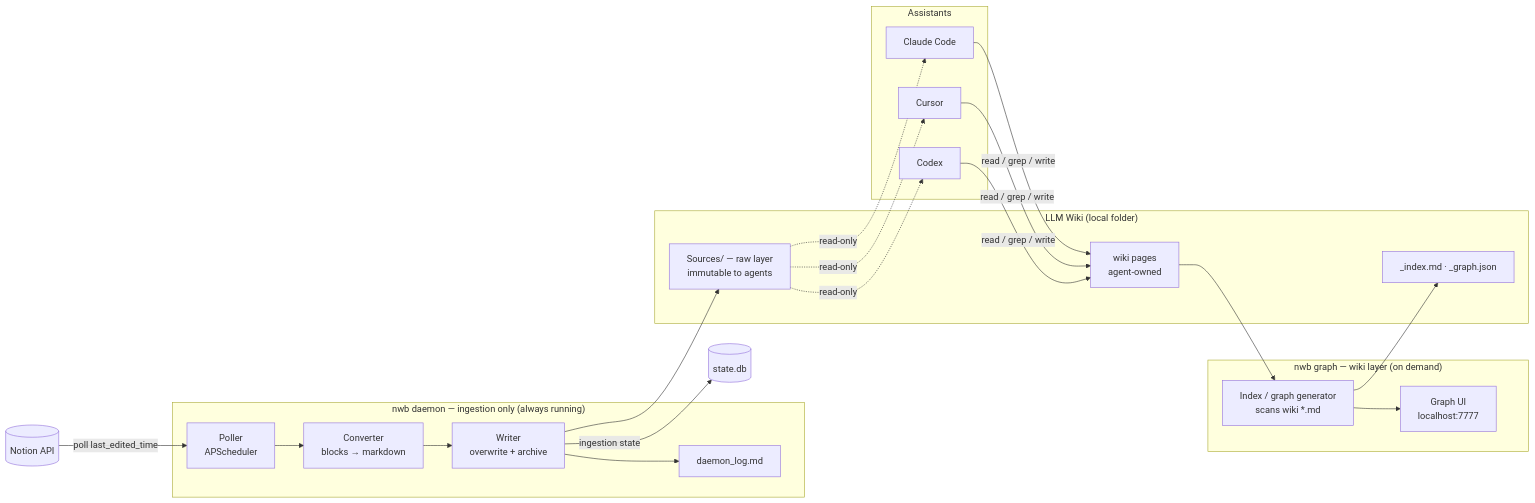
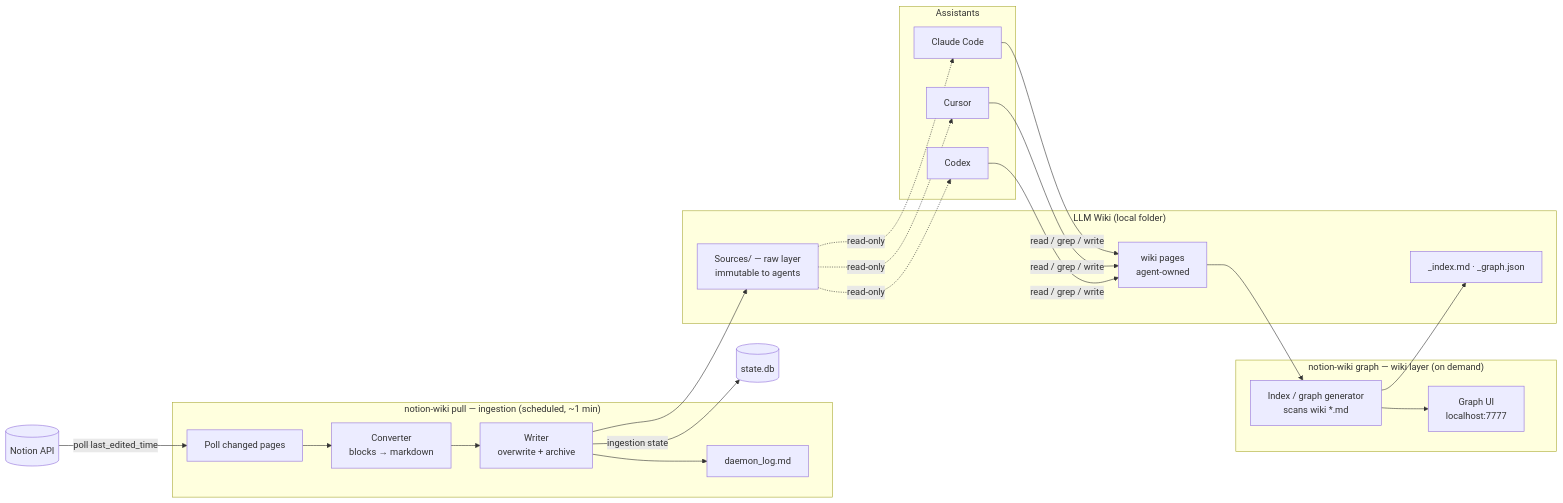
One commit to HemachandranD/notionwiki changed the diagram in docs/design.md. Above: the diagram before and after it, drawn with Mermaid. The commit also changed other lines of this file and 2 other files, not shown here.

First line of the commit message:
Rebrand to notion-wiki; redesign as one-way ingestion bridge

````diff
--- a/docs/design.md
+++ b/docs/design.md
@@ -38,37 +38,37 @@
 ```mermaid
 flowchart LR
     NOTION[(Notion API)]
 
-    subgraph Daemon["nwb daemon — ingestion only (always running)"]
-        POLL[Poller<br/>APScheduler]
+    subgraph Ingest["notion-wiki pull — ingestion (scheduled, ~1 min)"]
+        POLL[Poll changed pages]
         CONV[Converter<br/>blocks → markdown]
         WRITE[Writer<br/>overwrite + archive]
         LOG[daemon_log.md]
     end
 
     subgraph Wiki["LLM Wiki (local folder)"]
         SRC[Sources/ — raw layer<br/>immutable to agents]
         WK[wiki pages<br/>agent-owned]
         IDX[_index.md · _graph.json]
     end
 
-    subgraph WikiTooling["nwb graph — wiki layer (on demand)"]
+    subgraph WikiTooling["notion-wiki graph — wiki layer (on demand)"]
         GEN[Index / graph generator<br/>scans wiki *.md]
         API[Graph UI<br/>localhost:7777]
     end
 
     subgraph Assistants
         CC[Claude Code]
         CU[Cursor]
         CX[Codex]
     end
 
     NOTION -->|poll last_edited_time| POLL
     POLL --> CONV --> WRITE --> SRC
     WRITE --> LOG
     WRITE -->|ingestion state| DBSTATE[(state.db)]
     SRC -.read-only.-> CC & CU & CX
     CC & CU & CX -->|read / grep / write| WK
     WK --> GEN --> IDX
     GEN --> API
 ```
````
